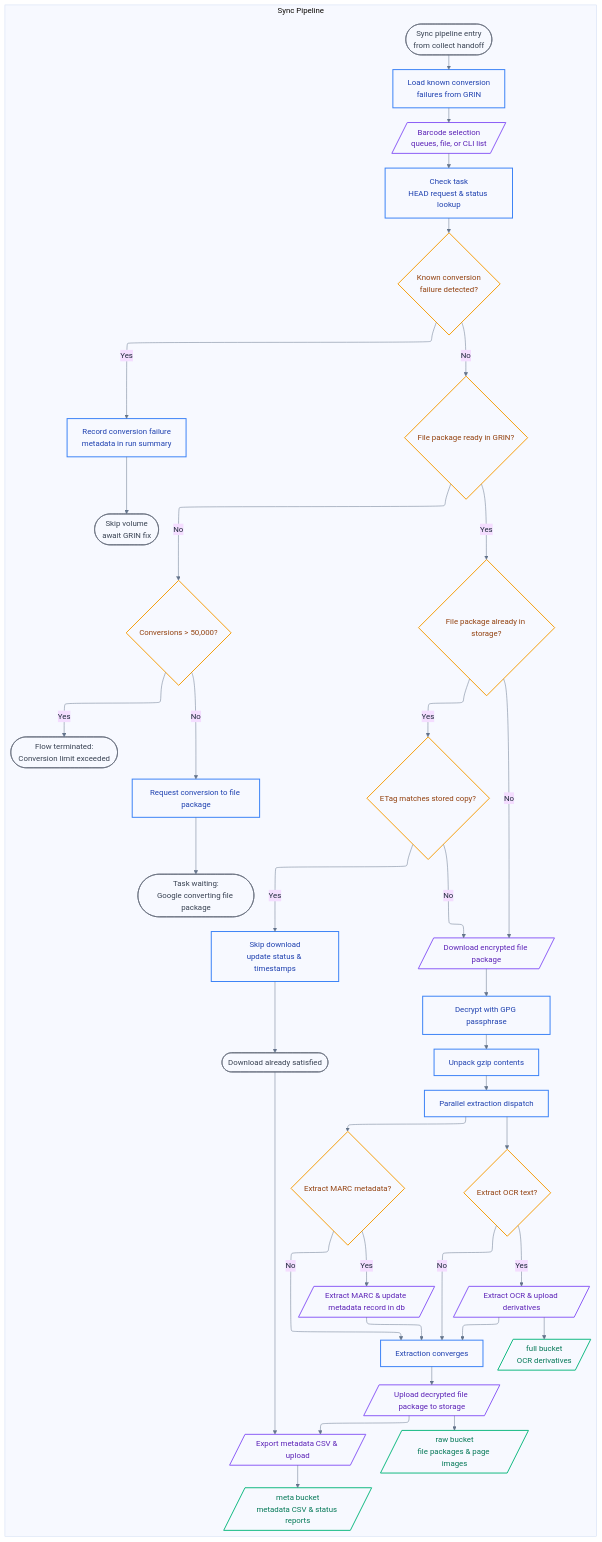
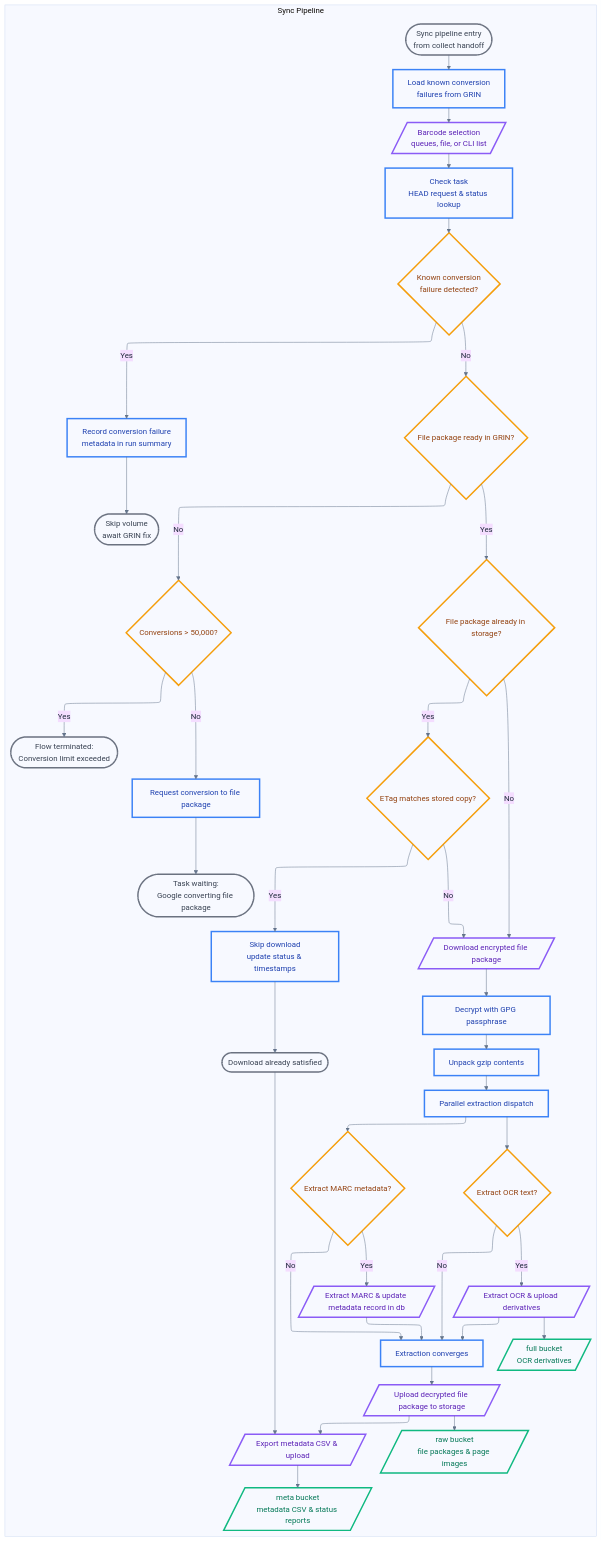
Before and after one commit to institutional/grin-transfer: the diagram in docs/diagrams/sync-pipeline.mmd, drawn with Mermaid. The commit also changed 10 other files, not shown here.

Commit message:
Add diagrams with larger fonts and thicker lines

```diff
--- a/docs/diagrams/sync-pipeline.mmd
+++ b/docs/diagrams/sync-pipeline.mmd
@@ -1,44 +1,44 @@
 %%{init: {"theme": "base", "themeVariables": {"primaryTextColor": "#1e293b", "primaryBorderColor": "#475569", "lineColor": "#64748b", "background": "transparent", "mainBkg": "transparent", "secondBkg": "transparent"}, "flowchart": {"defaultRenderer": "elk", "elk": {"elk.direction": "DOWN"}}}}%%
 flowchart TD
     subgraph Sync Pipeline
         SyncStart([Sync pipeline entry<br/>from collect handoff]):::terminal --> FailureCatalog[Load known conversion<br/>failures from GRIN]:::process
         FailureCatalog --> I[/Barcode selection<br/>queues, file, or CLI list/]:::io
         I --> J[Check task<br/>HEAD request & status lookup]:::process
         J --> FailureCheck{Known conversion<br/>failure detected?}:::decision
         FailureCheck -->|Yes| FailureTrack[Record conversion failure<br/>metadata in run summary]:::process
         FailureTrack --> FailureExit([Skip volume<br/>await GRIN fix]):::terminal
         FailureCheck -->|No| K{File package ready in GRIN?}:::decision
         K -->|No| ConversionCheck{Conversions > 50,000?}:::decision
         ConversionCheck -->|Yes| Terminate([Flow terminated:<br/>Conversion limit exceeded]):::terminal
         ConversionCheck -->|No| L[Request conversion to file package]:::process
         L --> Waiting([Task waiting:<br/>Google converting file package]):::terminal
         K -->|Yes| M{File package already in storage?}:::decision
         M -->|No| O[/Download encrypted file package/]:::io
         M -->|Yes| N{ETag matches stored copy?}:::decision
         N -->|Yes| P[Skip download<br/>update status & timestamps]:::process
         P --> P_done([Download already satisfied]):::terminal
         N -->|No| O
         P_done --> Q[/Export metadata CSV & upload/]:::io
         O --> R[Decrypt with GPG passphrase]:::process
         R --> S[Unpack gzip contents]:::process
         S --> Fork[Parallel extraction dispatch]:::process
         Fork --> T{Extract MARC metadata?}:::decision
         Fork --> X{Extract OCR text?}:::decision
         T -->|Yes| U[/Extract MARC & update metadata record in db/]:::io
         T -->|No| Merge[Extraction converges]:::process
         U --> Merge
         X -->|Yes| Y[/Extract OCR & upload derivatives/]:::io
         X -->|No| Merge
         Y --> FullBucket[/full bucket<br/>OCR derivatives/]:::storage
         Y --> Merge
         Merge --> AA[/Upload decrypted file package to storage/]:::io
         AA --> RawBucket[/raw bucket<br/>file packages & page images/]:::storage
         AA --> Q
         Q --> MetaBucket[/meta bucket<br/>metadata CSV & status reports/]:::storage
     end
 
-    classDef terminal fill:none,stroke:#6b7280,stroke-width:2px,color:#374151
-    classDef process fill:none,stroke:#3b82f6,stroke-width:2px,color:#1e40af
-    classDef decision fill:none,stroke:#f59e0b,stroke-width:2px,color:#92400e
-    classDef storage fill:none,stroke:#10b981,stroke-width:2px,color:#047857
-    classDef io fill:none,stroke:#8b5cf6,stroke-width:2px,color:#5b21b6
+    classDef terminal fill:none,stroke:#6b7280,stroke-width:3px,color:#374151
+    classDef process fill:none,stroke:#3b82f6,stroke-width:3px,color:#1e40af
+    classDef decision fill:none,stroke:#f59e0b,stroke-width:3px,color:#92400e
+    classDef storage fill:none,stroke:#10b981,stroke-width:3px,color:#047857
+    classDef io fill:none,stroke:#8b5cf6,stroke-width:3px,color:#5b21b6
```
